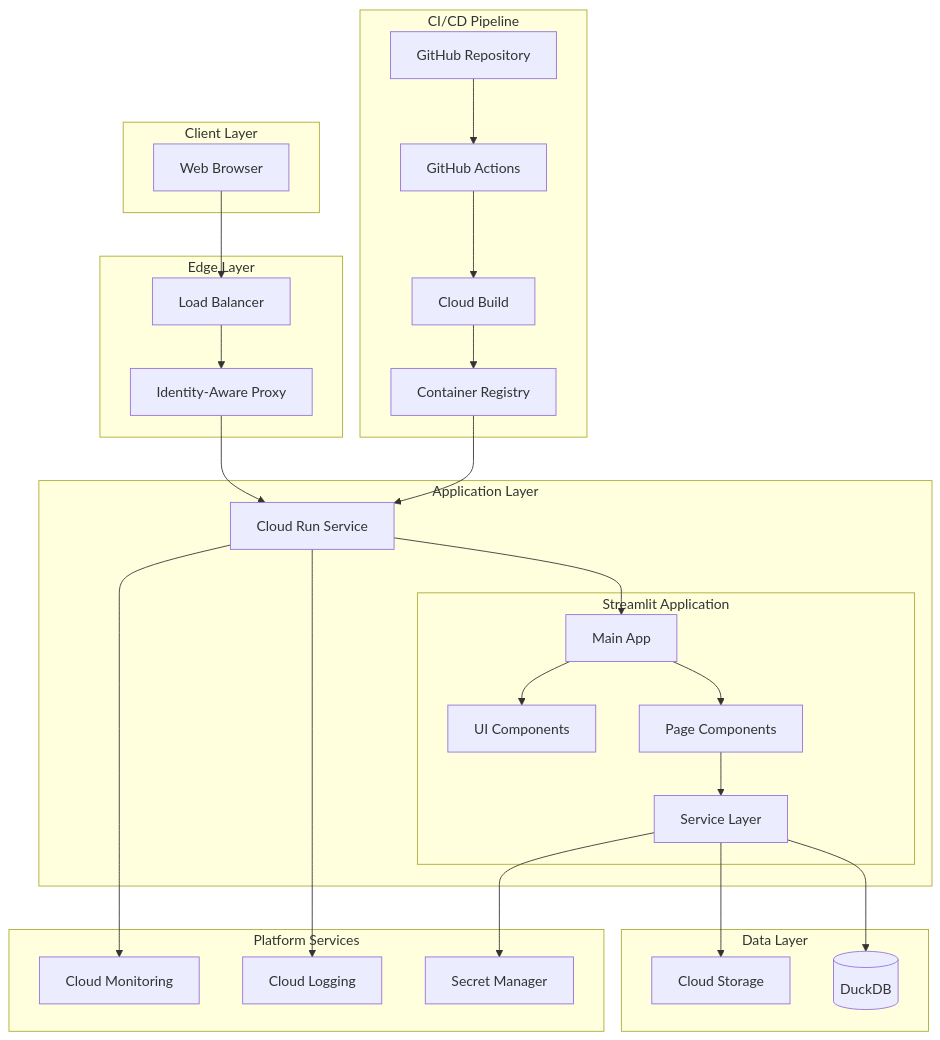
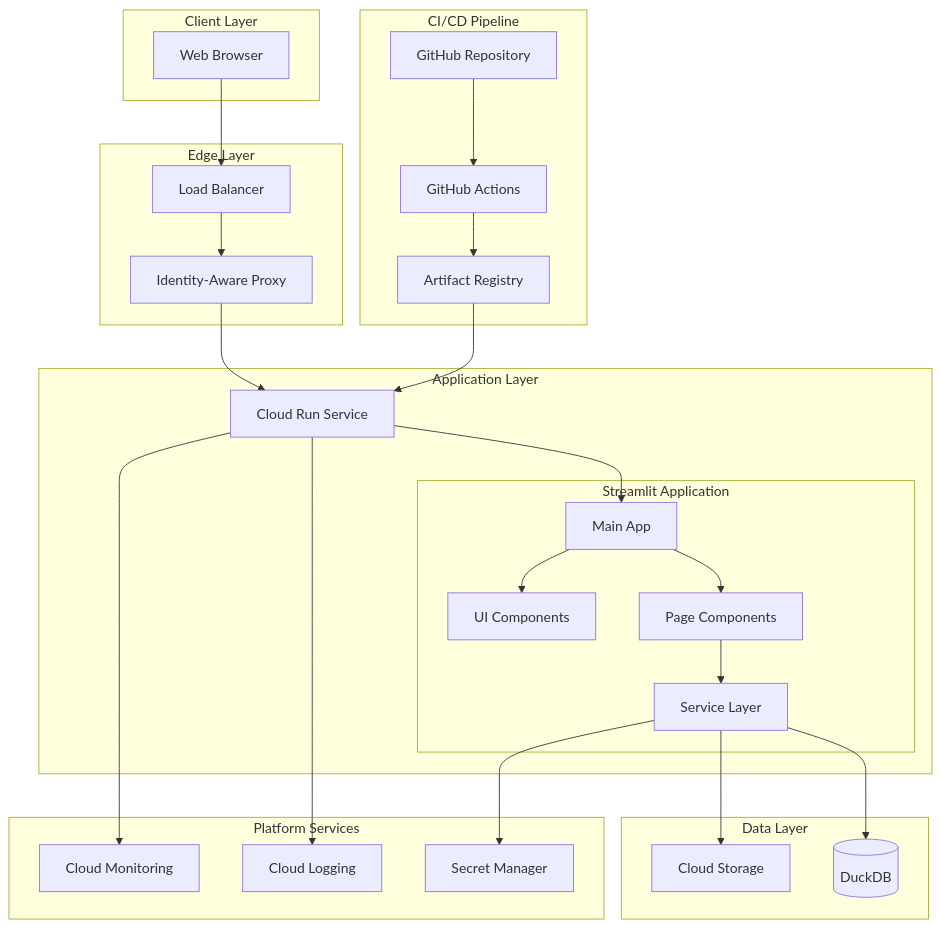
One commit to mida-hub/imgstream changed the first of 6 diagrams in docs/ARCHITECTURE.md. Above: the diagram before and after it, drawn with Mermaid. The commit also changed other lines of this file, not shown here.

````diff
--- a/docs/ARCHITECTURE.md
+++ b/docs/ARCHITECTURE.md
@@ -77,60 +77,58 @@
 ```mermaid
 graph TB
     subgraph "Client Layer"
         WEB[Web Browser]
     end
 
     subgraph "Edge Layer"
         LB[Load Balancer]
         IAP[Identity-Aware Proxy]
     end
 
     subgraph "Application Layer"
         CR[Cloud Run Service]
         subgraph "Streamlit Application"
             MAIN[Main App]
             UI[UI Components]
             PAGES[Page Components]
             SERVICES[Service Layer]
         end
     end
 
     subgraph "Data Layer"
         GCS[Cloud Storage]
         DB[(DuckDB)]
     end
 
     subgraph "Platform Services"
         MONITORING[Cloud Monitoring]
         LOGGING[Cloud Logging]
         SECRET[Secret Manager]
     end
 
     subgraph "CI/CD Pipeline"
         GITHUB[GitHub Repository]
         ACTIONS[GitHub Actions]
-        BUILD[Cloud Build]
-        REGISTRY[Container Registry]
+        REGISTRY[Artifact Registry]
     end
 
     WEB --> LB
     LB --> IAP
     IAP --> CR
 
     CR --> MAIN
     MAIN --> UI
     MAIN --> PAGES
     PAGES --> SERVICES
 
     SERVICES --> GCS
     SERVICES --> DB
 
     CR --> MONITORING
     CR --> LOGGING
     SERVICES --> SECRET
 
     GITHUB --> ACTIONS
-    ACTIONS --> BUILD
-    BUILD --> REGISTRY
+    ACTIONS --> REGISTRY
     REGISTRY --> CR
 ```
````
